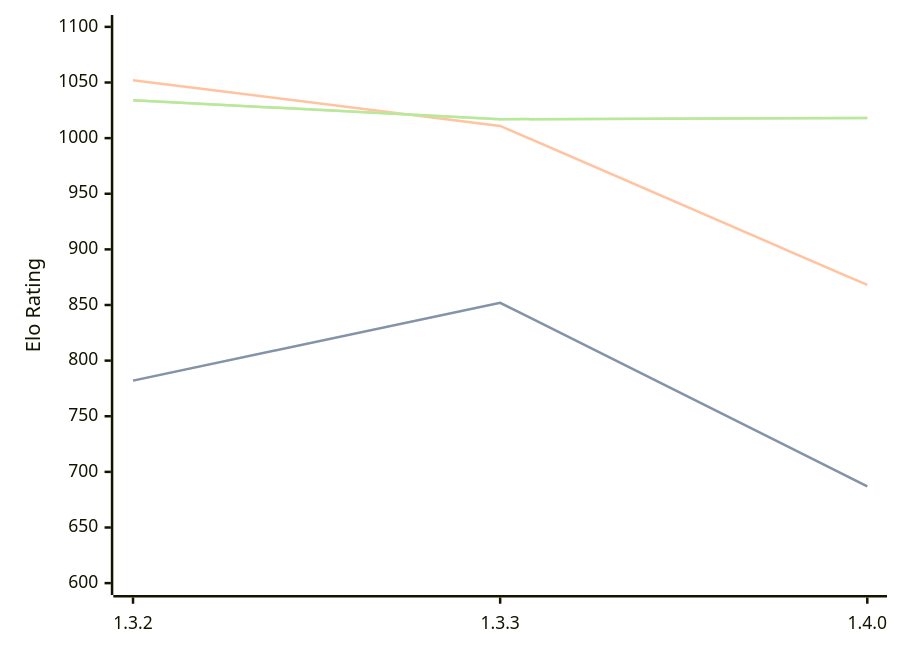
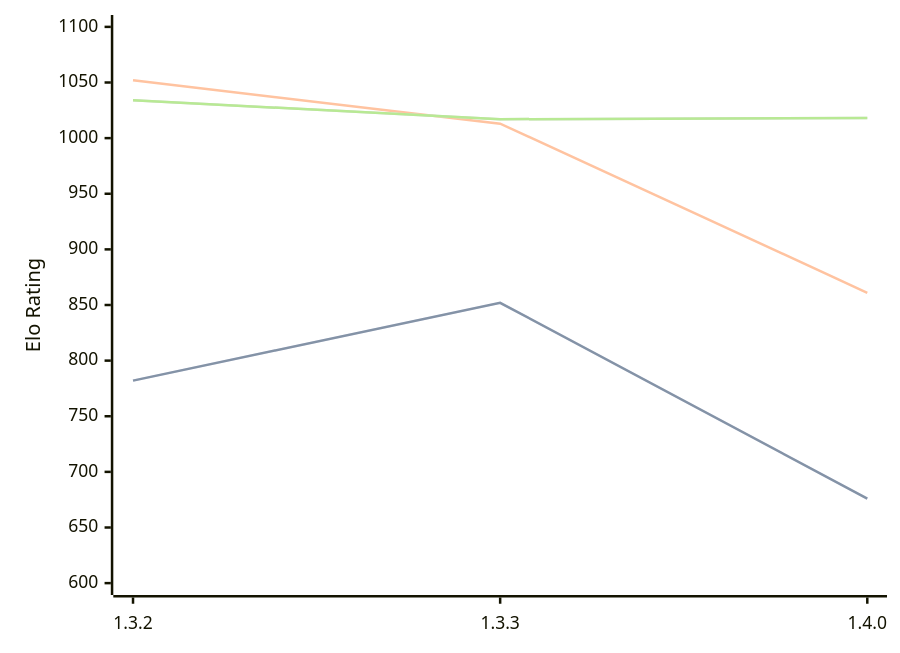
Before and after one commit to computer-chess-index/cci: the diagram in engines/Whitespine.md, drawn with Mermaid. The commit also changed other lines of this file, not shown here.

````diff
--- a/engines/Whitespine.md
+++ b/engines/Whitespine.md
@@ -36,11 +36,11 @@
 ```mermaid
 %%{init: {"theme":"base","themeVariables":{"seriesColors:['#a3a3a3','#222221','#faa371']}}}%%
 xychart-beta
   x-axis ["1.3.2", "1.3.3", "1.4.0"]
   y-axis "Elo Rating" 600 --> 1100
-  line "STC (8.0+0.08s)" [782, 852, 687]
-  line "STC (8.0+0.08s)" [782, 852, 687]
-  line "LTC (60.0+0.60s)" [1052, 1011, 868]
+  line "STC (8.0+0.08s)" [782, 852, 676]
+  line "STC (8.0+0.08s)" [782, 852, 676]
+  line "LTC (60.0+0.60s)" [1052, 1013, 861]
   line "VLTC (2m24s+1.12s)" [1034, 1017, 1018]
   line "VLTC (2m24s+1.12s)" [1034, 1017, 1018]
 ```
````
